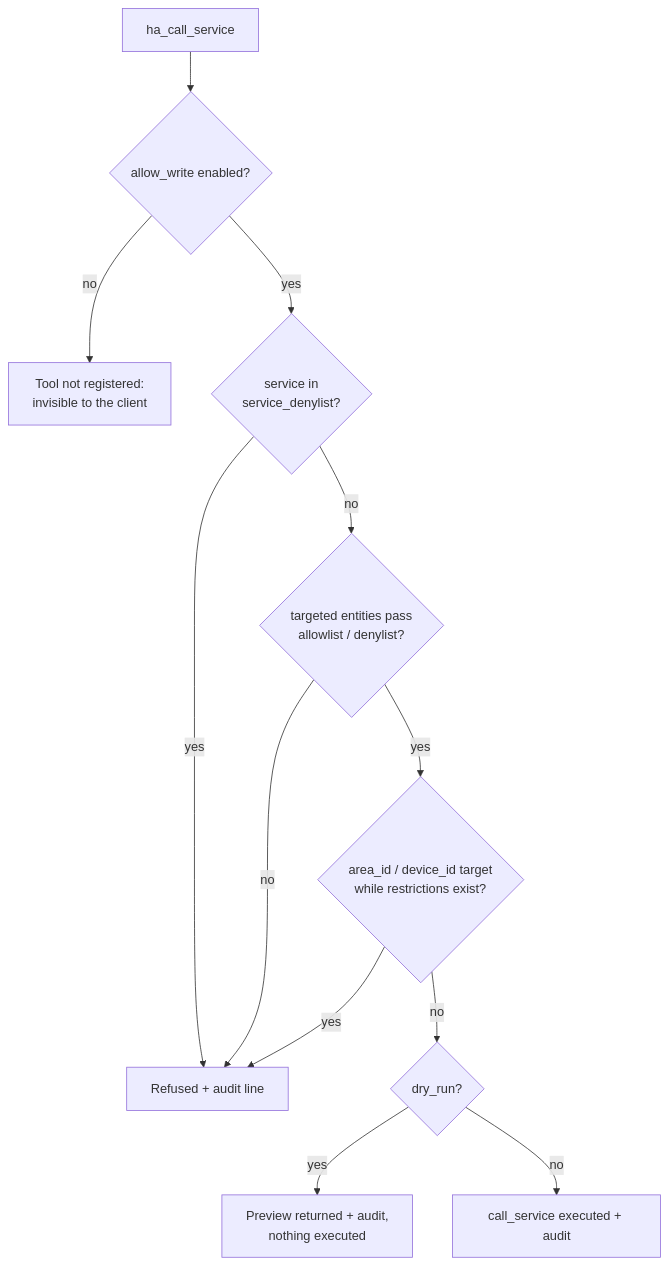
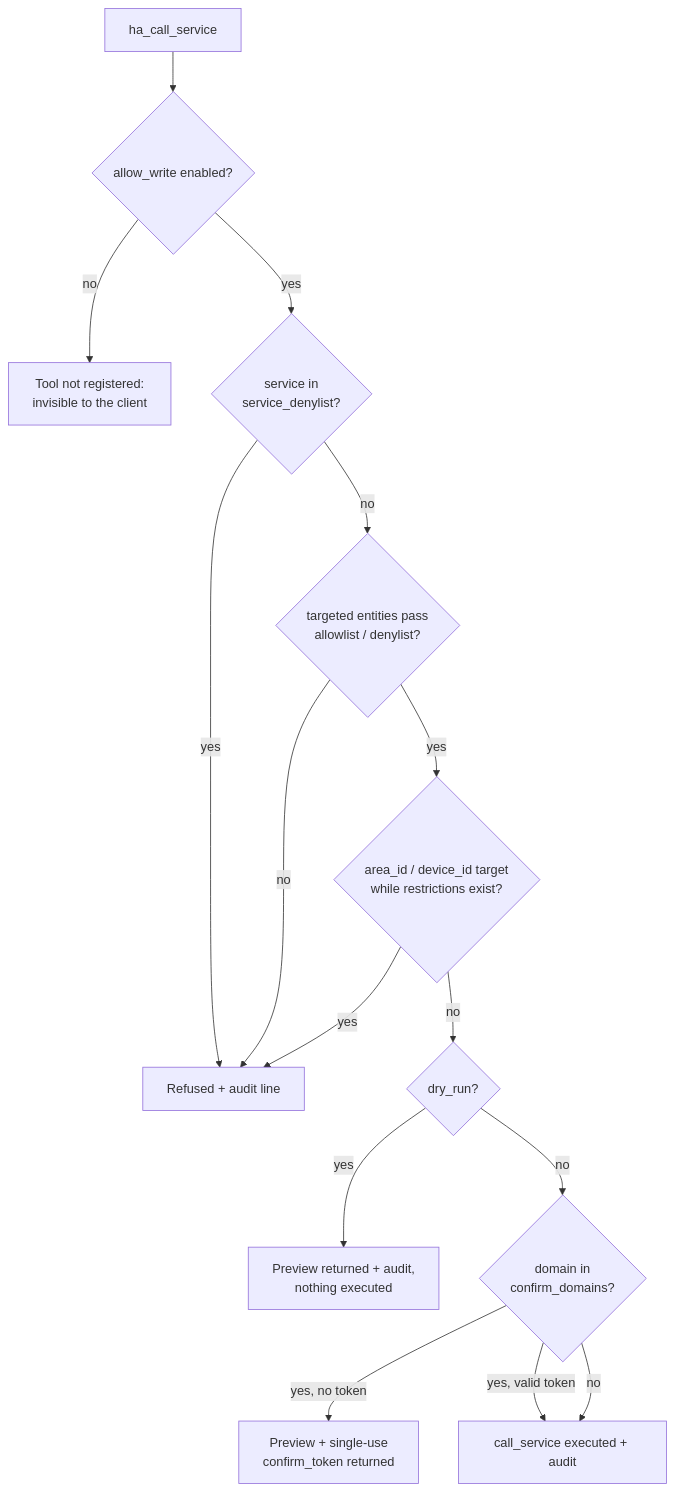
One commit to Devitek/mcp-ha changed the diagram in docs/guide/security.md. Above: the diagram before and after it, drawn with Mermaid. The commit also changed other lines of this file and 35 other files, not shown here.

````diff
--- a/docs/guide/security.md
+++ b/docs/guide/security.md
@@ -15,14 +15,17 @@
 ```mermaid
 flowchart TD
   A["ha_call_service"] --> B{"allow_write enabled?"}
   B -- "no" --> R0["Tool not registered:<br>invisible to the client"]
   B -- "yes" --> C{"service in<br>service_denylist?"}
   C -- "yes" --> R1["Refused + audit line"]
   C -- "no" --> D{"targeted entities pass<br>allowlist / denylist?"}
   D -- "no" --> R1
   D -- "yes" --> E{"area_id / device_id target<br>while restrictions exist?"}
   E -- "yes" --> R1
   E -- "no" --> F{"dry_run?"}
   F -- "yes" --> P["Preview returned + audit,<br>nothing executed"]
-  F -- "no" --> X["call_service executed + audit"]
+  F -- "no" --> G{"domain in<br>confirm_domains?"}
+  G -- "yes, no token" --> C1["Preview + single-use<br>confirm_token returned"]
+  G -- "yes, valid token" --> X["call_service executed + audit"]
+  G -- "no" --> X
 ```
````
